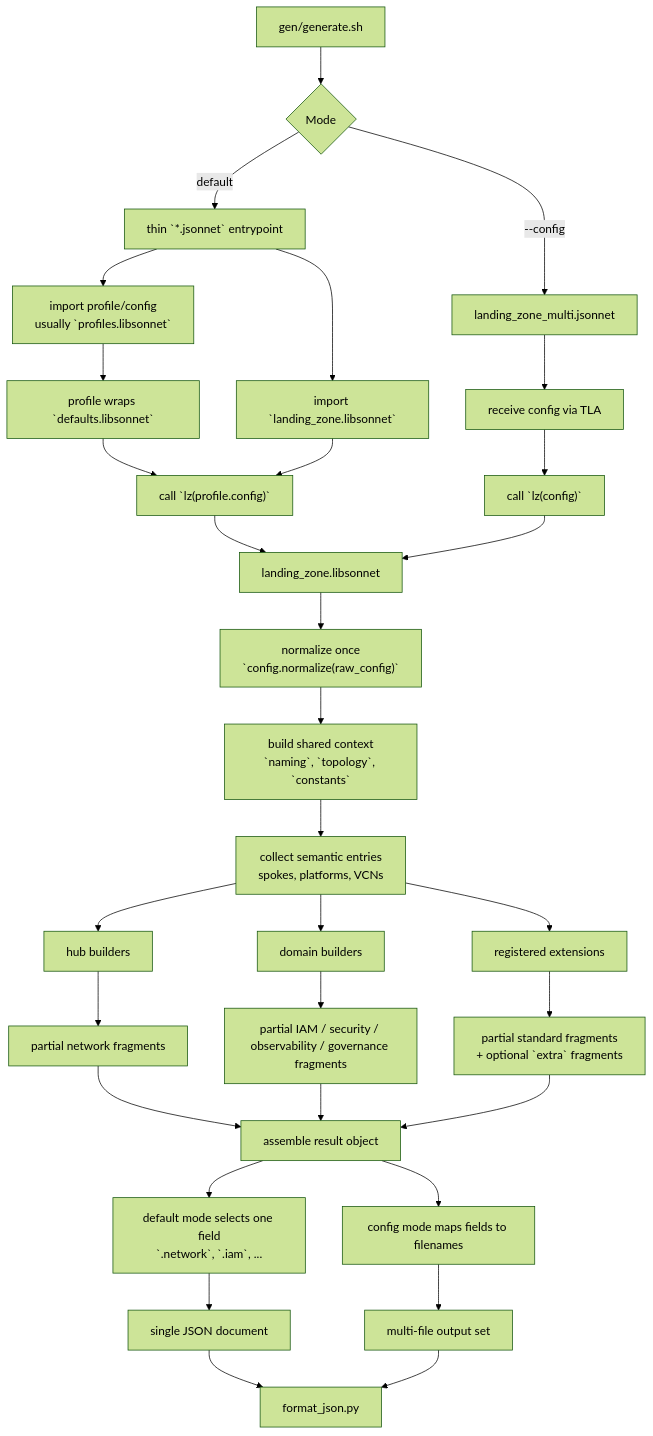
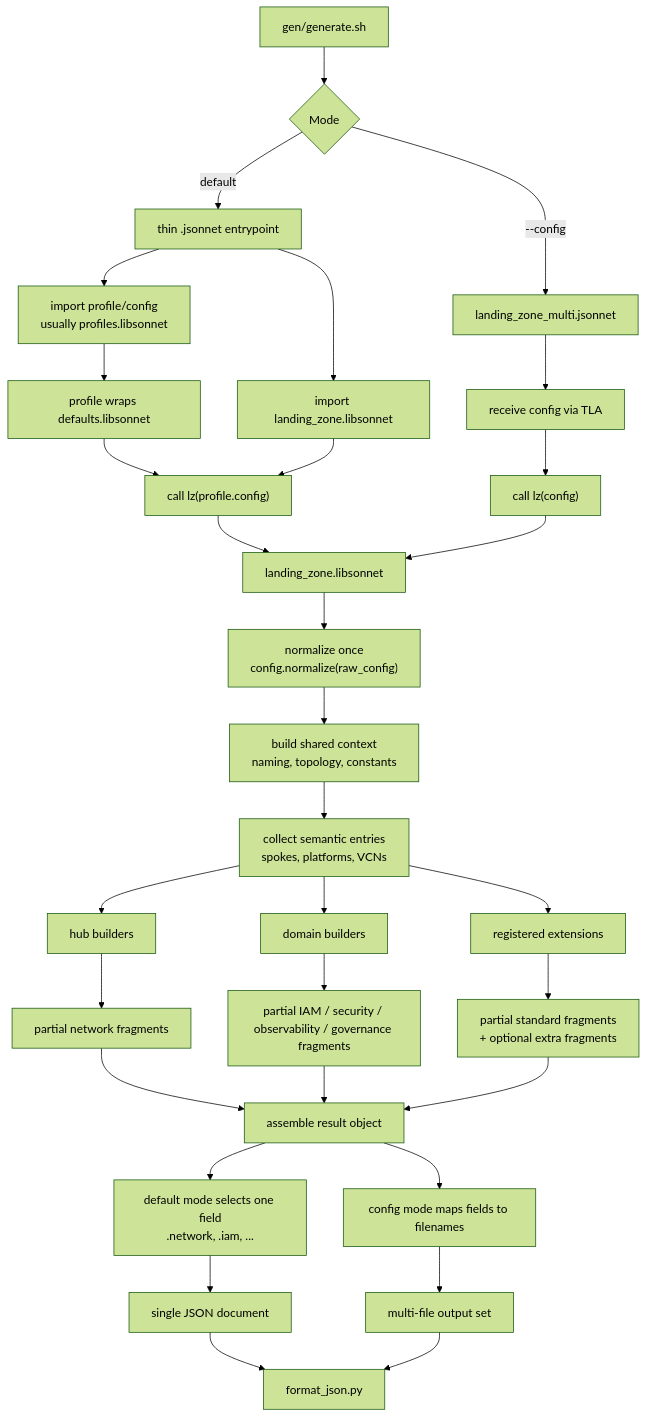
The diagram in gen/JSONNET_COMPOSITION.md (oci-landing-zones/oci-landing-zone-operating-entities), drawn with Mermaid (forest theme) before and after one commit. The commit also changed other lines of this file and 39 other files, not shown here.

````diff
--- a/gen/JSONNET_COMPOSITION.md
+++ b/gen/JSONNET_COMPOSITION.md
@@ -29,43 +29,43 @@
 ```mermaid
 flowchart TD
-    A["`gen/generate.sh`"] --> B{Mode}
+    A["gen/generate.sh"] --> B{Mode}
 
-    B -->|default| C["thin `*.jsonnet` entrypoint"]
-    B -->|--config| D["`landing_zone_multi.jsonnet`"]
+    B -->|default| C["thin .jsonnet entrypoint"]
+    B -->|--config| D["landing_zone_multi.jsonnet"]
 
-    C --> E["import profile/config<br/>usually `profiles.libsonnet`"]
-    E --> F["profile wraps `defaults.libsonnet`"]
-    C --> G["import `landing_zone.libsonnet`"]
-    F --> H["call `lz(profile.config)`"]
+    C --> E["import profile/config<br/>usually profiles.libsonnet"]
+    E --> F["profile wraps defaults.libsonnet"]
+    C --> G["import landing_zone.libsonnet"]
+    F --> H["call lz(profile.config)"]
     G --> H
 
     D --> I["receive config via TLA"]
-    I --> J["call `lz(config)`"]
+    I --> J["call lz(config)"]
 
-    H --> K["`landing_zone.libsonnet`"]
+    H --> K["landing_zone.libsonnet"]
     J --> K
 
-    K --> L["normalize once<br/>`config.normalize(raw_config)`"]
-    L --> M["build shared context<br/>`naming`, `topology`, `constants`"]
+    K --> L["normalize once<br/>config.normalize(raw_config)"]
+    L --> M["build shared context<br/>naming, topology, constants"]
     M --> N["collect semantic entries<br/>spokes, platforms, VCNs"]
     N --> O["hub builders"]
     N --> P["domain builders"]
     N --> Q["registered extensions"]
 
     O --> R["partial network fragments"]
     P --> S["partial IAM / security / observability / governance fragments"]
-    Q --> T["partial standard fragments<br/>+ optional `extra` fragments"]
+    Q --> T["partial standard fragments<br/>+ optional extra fragments"]
 
     R --> U["assemble result object"]
     S --> U
     T --> U
 
-    U --> V["default mode selects one field<br/>`.network`, `.iam`, ..."]
+    U --> V["default mode selects one field<br/>.network, .iam, ..."]
     U --> W["config mode maps fields to filenames"]
 
     V --> X["single JSON document"]
     W --> Y["multi-file output set"]
 
-    X --> Z["`format_json.py`"]
+    X --> Z["format_json.py"]
     Y --> Z
 ```
````
